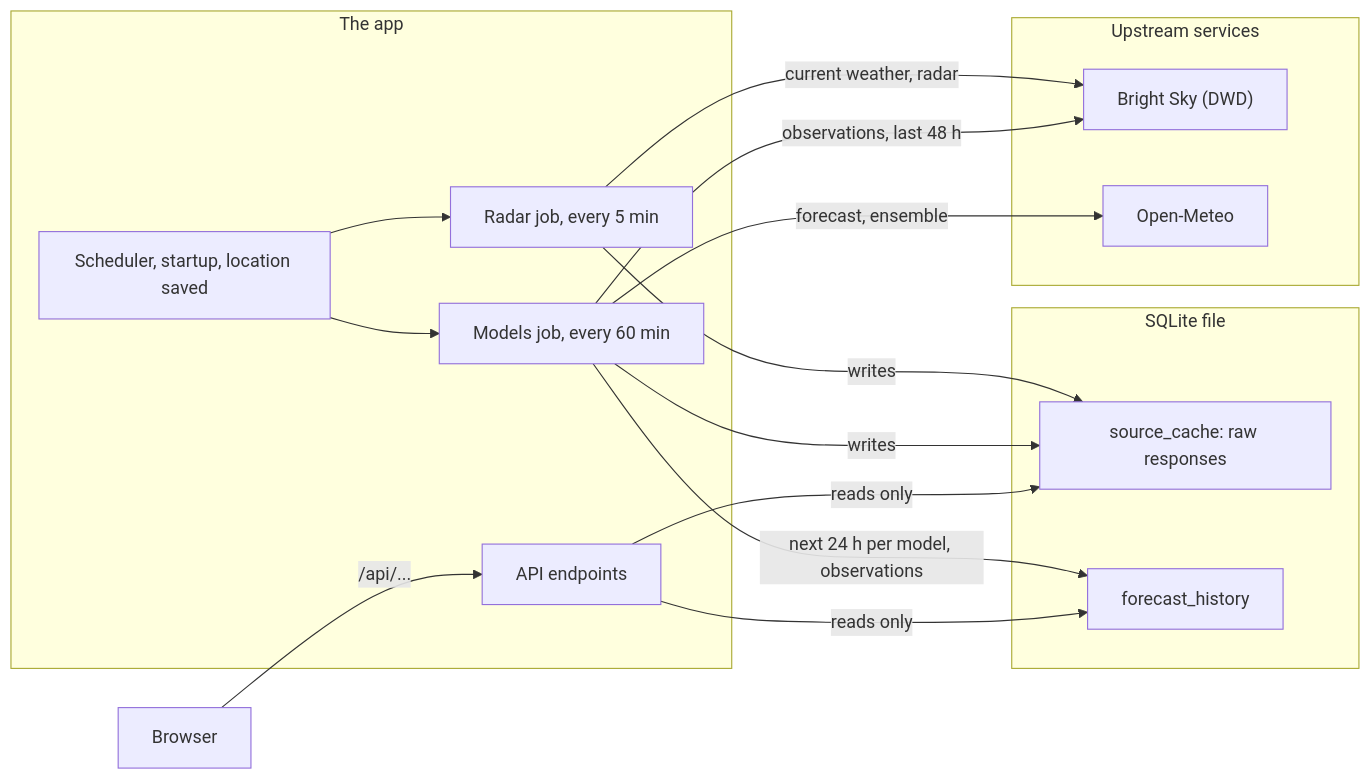
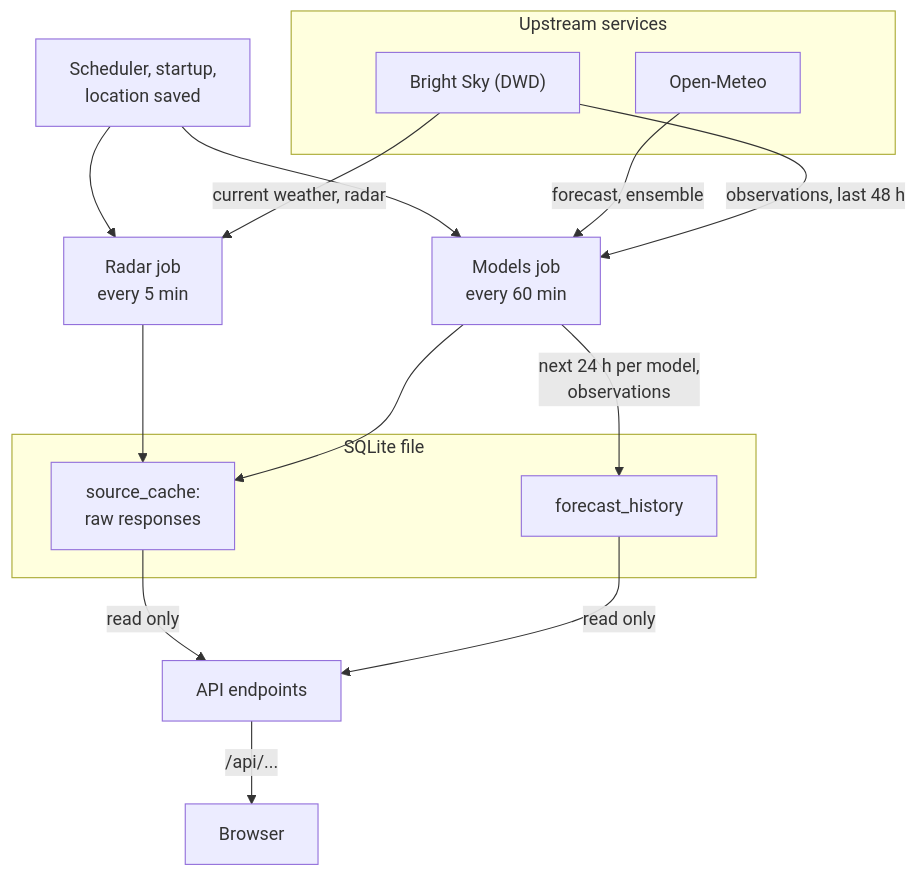
The first of 3 diagrams in docs/ARCHITECTURE.md (divemorb/weather-app), drawn with Mermaid before and after one commit. The commit also changed other lines of this file, not shown here.

Commit message:
docs: architecture diagrams easier to read
The data-flow diagram runs top to bottom with arrows in the direction
the data moves (upstream → jobs → cache → API → browser); the
probability diagram runs left to right. Long labels are wrapped.

````diff
--- a/docs/ARCHITECTURE.md
+++ b/docs/ARCHITECTURE.md
@@ -9,29 +9,27 @@
 ```mermaid
-flowchart LR
+flowchart TD
     subgraph upstream["Upstream services"]
         brightsky["Bright Sky (DWD)"]
         openmeteo["Open-Meteo"]
     end
-    subgraph app["The app"]
-        triggers["Scheduler, startup, location saved"]
-        radarJob["Radar job, every 5 min"]
-        modelsJob["Models job, every 60 min"]
-        api["API endpoints"]
-    end
+    triggers["Scheduler, startup,<br>location saved"]
+    radarJob["Radar job<br>every 5 min"]
+    modelsJob["Models job<br>every 60 min"]
     subgraph db["SQLite file"]
-        cache["source_cache: raw responses"]
+        cache["source_cache:<br>raw responses"]
         history["forecast_history"]
     end
+    api["API endpoints"]
     browser["Browser"]
     triggers --> radarJob
     triggers --> modelsJob
-    radarJob -->|current weather, radar| brightsky
-    modelsJob -->|forecast, ensemble| openmeteo
-    modelsJob -->|observations, last 48 h| brightsky
-    radarJob -->|writes| cache
-    modelsJob -->|writes| cache
-    modelsJob -->|next 24 h per model, observations| history
-    browser -->|/api/...| api
-    api -->|reads only| cache
-    api -->|reads only| history
+    brightsky -->|current weather, radar| radarJob
+    openmeteo -->|forecast, ensemble| modelsJob
+    brightsky -->|observations, last 48 h| modelsJob
+    radarJob --> cache
+    modelsJob --> cache
+    modelsJob -->|next 24 h per model,<br>observations| history
+    cache -->|read only| api
+    history -->|read only| api
+    api -->|/api/...| browser
 ```
````
